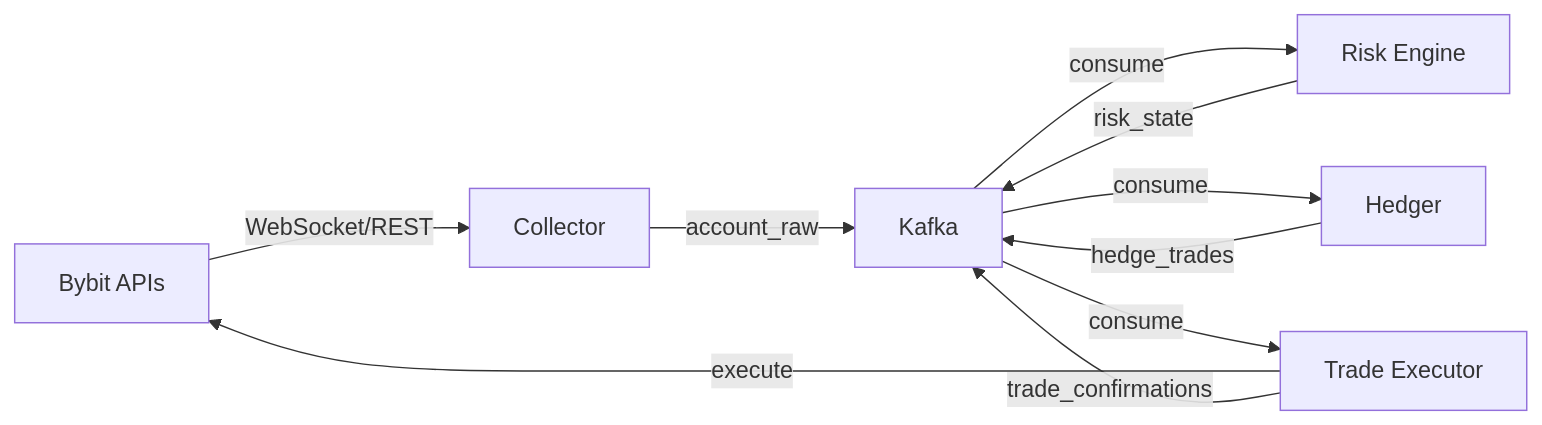
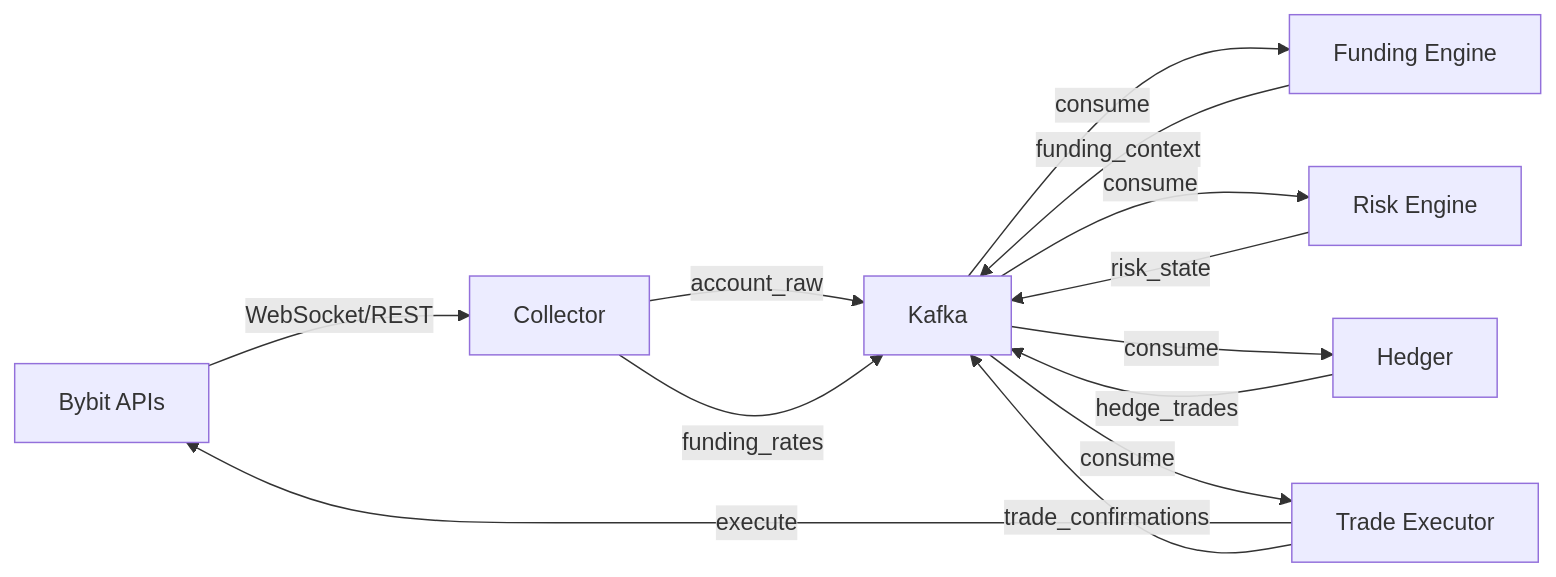
One commit to blackms/HedgeLock changed the diagram in README.md. Above: the diagram before and after it, drawn with Mermaid. The commit also changed other lines of this file and 30 other files, not shown here.

````diff
--- a/README.md
+++ b/README.md
@@ -20,12 +27,15 @@
 ```mermaid
 graph LR
     A[Bybit APIs] -->|WebSocket/REST| B[Collector]
     B -->|account_raw| C[Kafka]
-    C -->|consume| D[Risk Engine]
-    D -->|risk_state| C
-    C -->|consume| E[Hedger]
-    E -->|hedge_trades| C
-    C -->|consume| F[Trade Executor]
-    F -->|execute| A
-    F -->|trade_confirmations| C
+    B -->|funding_rates| C
+    C -->|consume| D[Funding Engine]
+    D -->|funding_context| C
+    C -->|consume| E[Risk Engine]
+    E -->|risk_state| C
+    C -->|consume| F[Hedger]
+    F -->|hedge_trades| C
+    C -->|consume| G[Trade Executor]
+    G -->|execute| A
+    G -->|trade_confirmations| C
 ```
````
